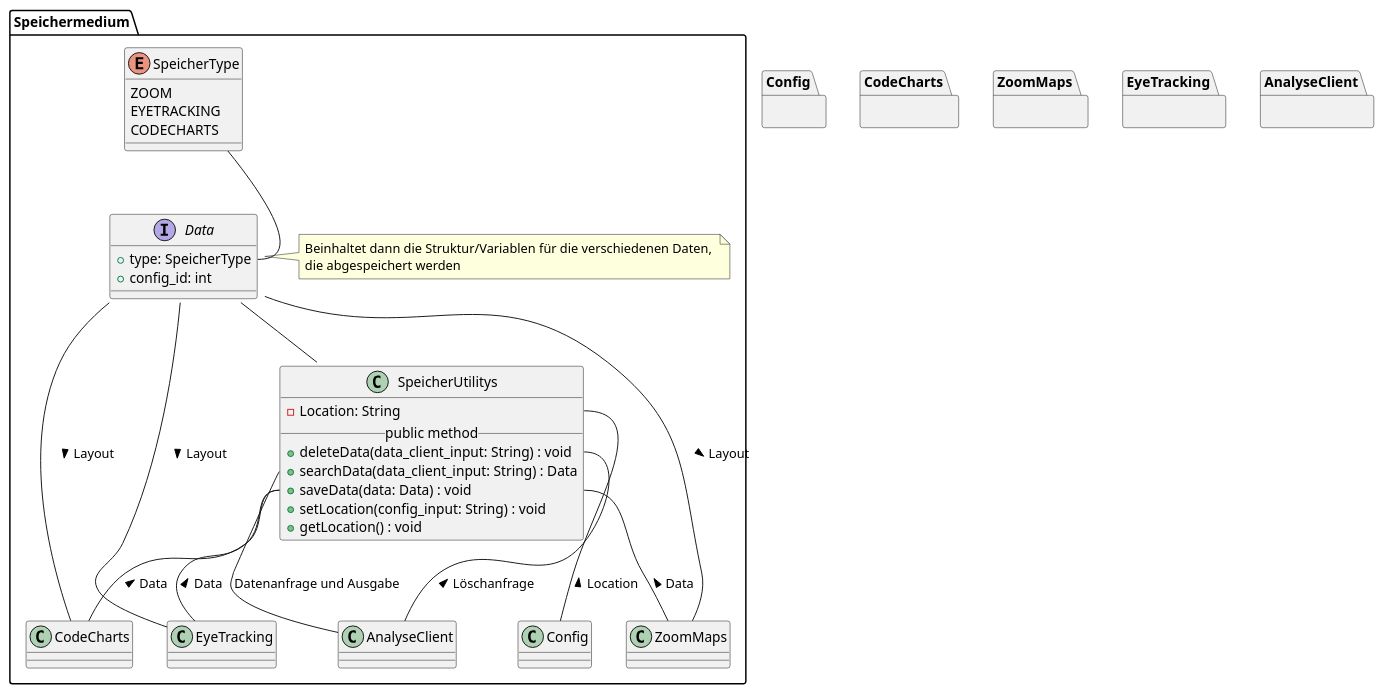
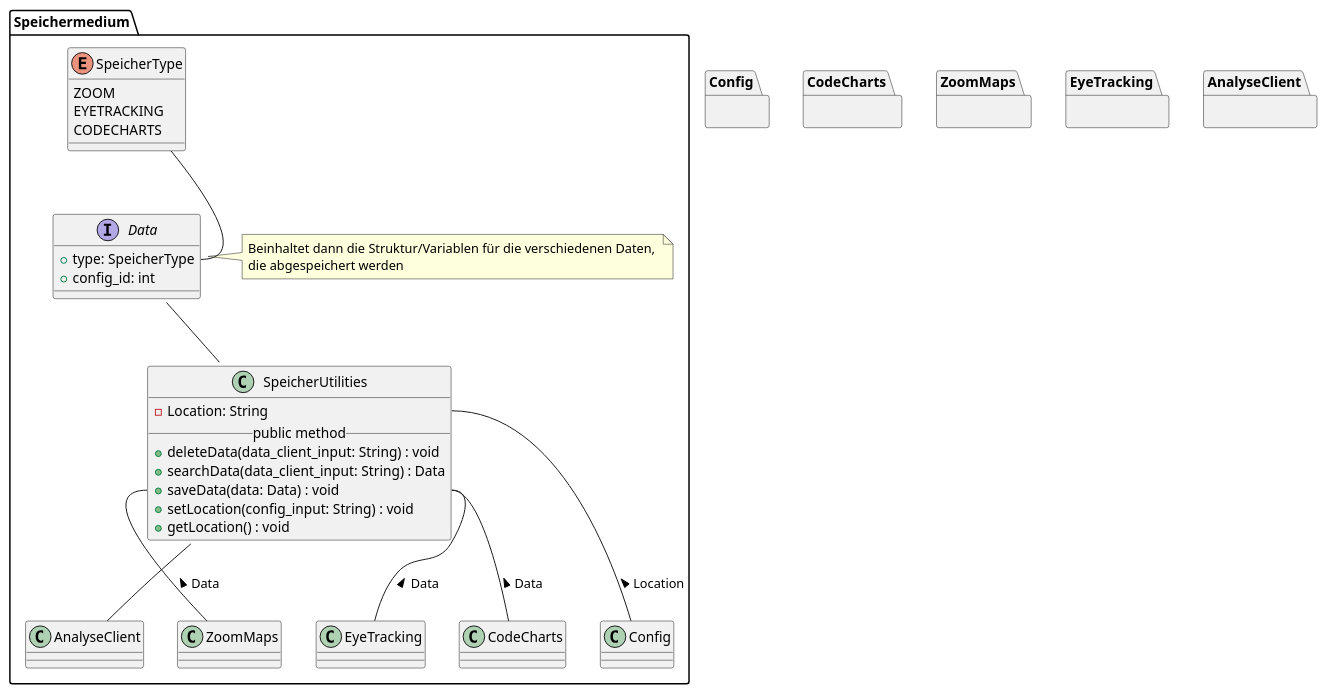
Before and after one commit to weichware10/meilensteine: the diagram in meilenstein_03/uml-speichermedium/speichermedium.puml, drawn with PlantUML.

Commit message:
Name geändert, Verbindungen geändert

```diff
--- a/meilenstein_03/uml-speichermedium/speichermedium.puml
+++ b/meilenstein_03/uml-speichermedium/speichermedium.puml
@@ -1,60 +1,56 @@
 @startuml speichermedium
 ' === Speichermedium ===
 package Speichermedium {
-      ' SpeicherUtilitys
-      class SpeicherUtilitys {
+      ' SpeicherUtilities
+      class SpeicherUtilities {
          - Location: String
          __public method__
          + deleteData(data_client_input: String) : void
          + searchData(data_client_input: String) : Data
          + saveData(data: Data) : void
          + setLocation(config_input: String) : void
          + getLocation() : void
      }
 
       interface Data {
          + type: SpeicherType
          + config_id: int
       }
 
       note right of Data
          Beinhaltet dann die Struktur/Variablen für die verschiedenen Daten, 
          die abgespeichert werden
       end note
 
       ' SpeicherType
       enum SpeicherType {
          ZOOM
          EYETRACKING
          CODECHARTS
       }
 
       ' Interaktionen
       SpeicherType -- Data::type
-      Data -- SpeicherUtilitys
+      Data -- SpeicherUtilities
 
      ' Andere Module
-     SpeicherUtilitys::Location -- Config : < Location
-     SpeicherUtilitys::saveData -- CodeCharts : < Data
-     SpeicherUtilitys::saveData -- ZoomMaps : < Data
-     SpeicherUtilitys::saveData -- EyeTracking : < Data
-     SpeicherUtilitys::searchData -- AnalyseClient : Datenanfrage und Ausgabe
-     SpeicherUtilitys::deleteData -- AnalyseClient : < Löschanfrage
-     Data -- CodeCharts : > Layout
-     Data -- ZoomMaps : > Layout
-     Data -- EyeTracking : > Layout
+     SpeicherUtilities::Location -- Config : < Location
+     SpeicherUtilities::saveData -- CodeCharts : < Data
+     SpeicherUtilities::saveData -- ZoomMaps : < Data
+     SpeicherUtilities::saveData -- EyeTracking : < Data
+     SpeicherUtilities -- AnalyseClient
 }
 
 
 ' Blackboxen / Andere Module
  package Config {}
 
  package CodeCharts {}
 
  package ZoomMaps {}
 
  package EyeTracking {}
 
  package AnalyseClient {}
 
 @enduml
```
